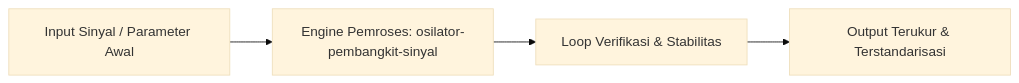
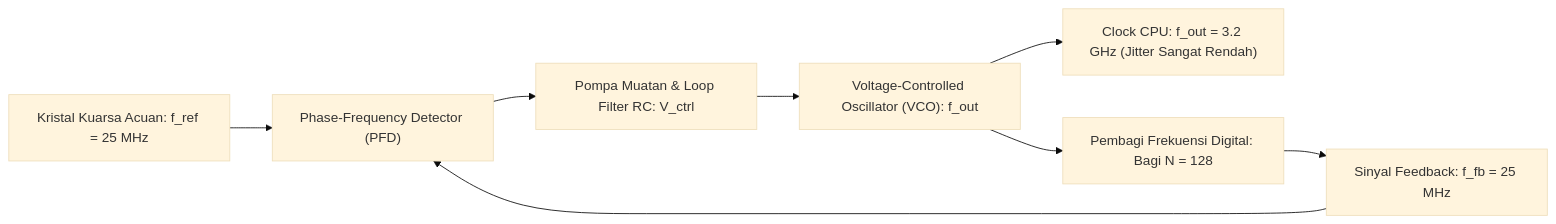
Before and after one commit to Rizki2204/ultimate-learning-paths: the diagram in curriculum/03-rangkaian-mikroelektronika/046-osilator-pembangkit-sinyal.md, drawn with Mermaid (base theme). The commit also changed other lines of this file and 271 other files, not shown here.

````diff
--- a/curriculum/03-rangkaian-mikroelektronika/046-osilator-pembangkit-sinyal.md
+++ b/curriculum/03-rangkaian-mikroelektronika/046-osilator-pembangkit-sinyal.md
@@ -17,6 +50,10 @@
 ```mermaid
 graph LR
-    Input["Input Sinyal / Parameter Awal"] --> Engine["Engine Pemroses: osilator-pembangkit-sinyal"]
-    Engine --> Feedback["Loop Verifikasi & Stabilitas"]
-    Feedback --> Output["Output Terukur & Terstandarisasi"]
+    RefClock["Kristal Kuarsa Acuan: f_ref = 25 MHz"] --> PFD["Phase-Frequency Detector (PFD)"]
+    PFD --> ChargePump["Pompa Muatan & Loop Filter RC: V_ctrl"]
+    ChargePump --> VCO["Voltage-Controlled Oscillator (VCO): f_out"]
+    VCO --> OutputClock["Clock CPU: f_out = 3.2 GHz (Jitter Sangat Rendah)"]
+    VCO --> Divider["Pembagi Frekuensi Digital: Bagi N = 128"]
+    Divider --> Feedback["Sinyal Feedback: f_fb = 25 MHz"]
+    Feedback --> PFD
 ```
````
